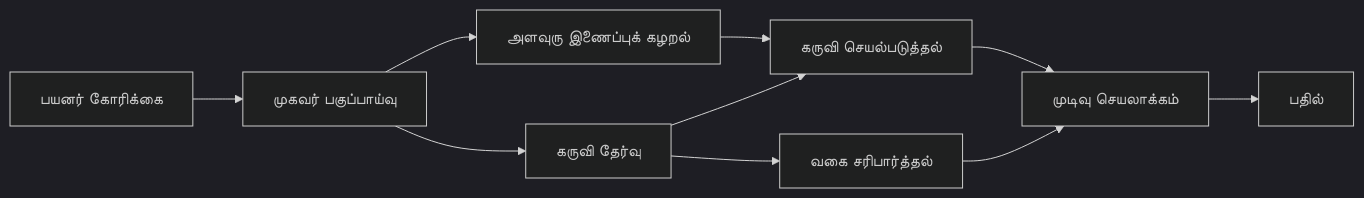
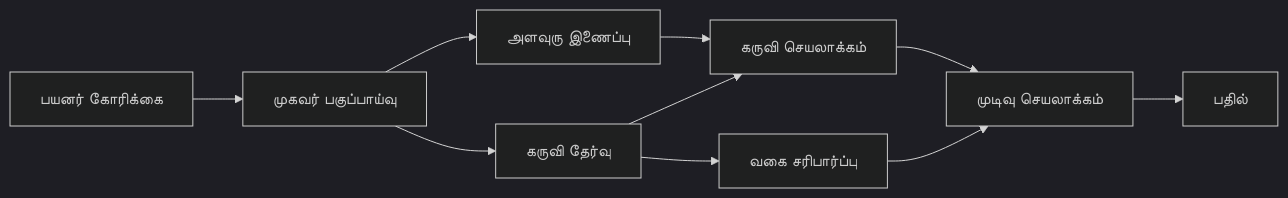
Before and after one commit to venturemavenwill/azureaifundamentals: the diagram in translations/ta/04-tool-use/code_samples/04-dotnet-agent-framework.md, drawn with Mermaid (dark theme). The commit also changed other lines of this file and 2002 other files, not shown here.

````diff
--- a/translations/ta/04-tool-use/code_samples/04-dotnet-agent-framework.md
+++ b/translations/ta/04-tool-use/code_samples/04-dotnet-agent-framework.md
@@ -40,12 +40,12 @@
 ```mermaid
 graph LR
     A[பயனர் கோரிக்கை] --> B[முகவர் பகுப்பாய்வு]
     B --> C[கருவி தேர்வு]
-    C --> D[வகை சரிபார்த்தல்]
-    B --> E[அளவுரு இணைப்புக் கழறல்]
-    E --> F[கருவி செயல்படுத்தல்]
+    C --> D[வகை சரிபார்ப்பு]
+    B --> E[அளவுரு இணைப்பு]
+    E --> F[கருவி செயலாக்கம்]
     C --> F
     F --> G[முடிவு செயலாக்கம்]
     D --> G
     G --> H[பதில்]
 ```
````
